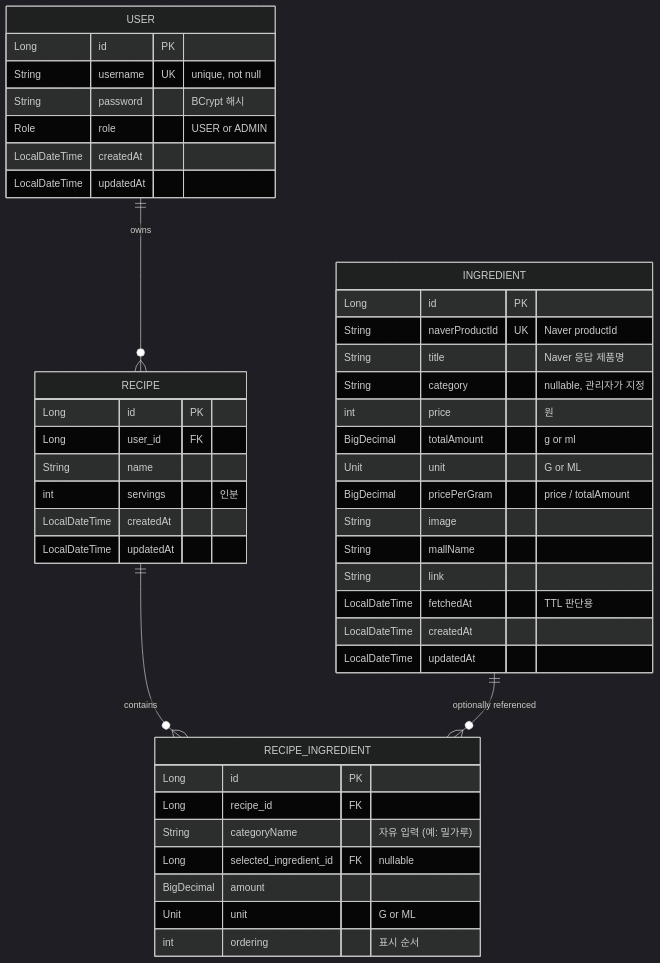
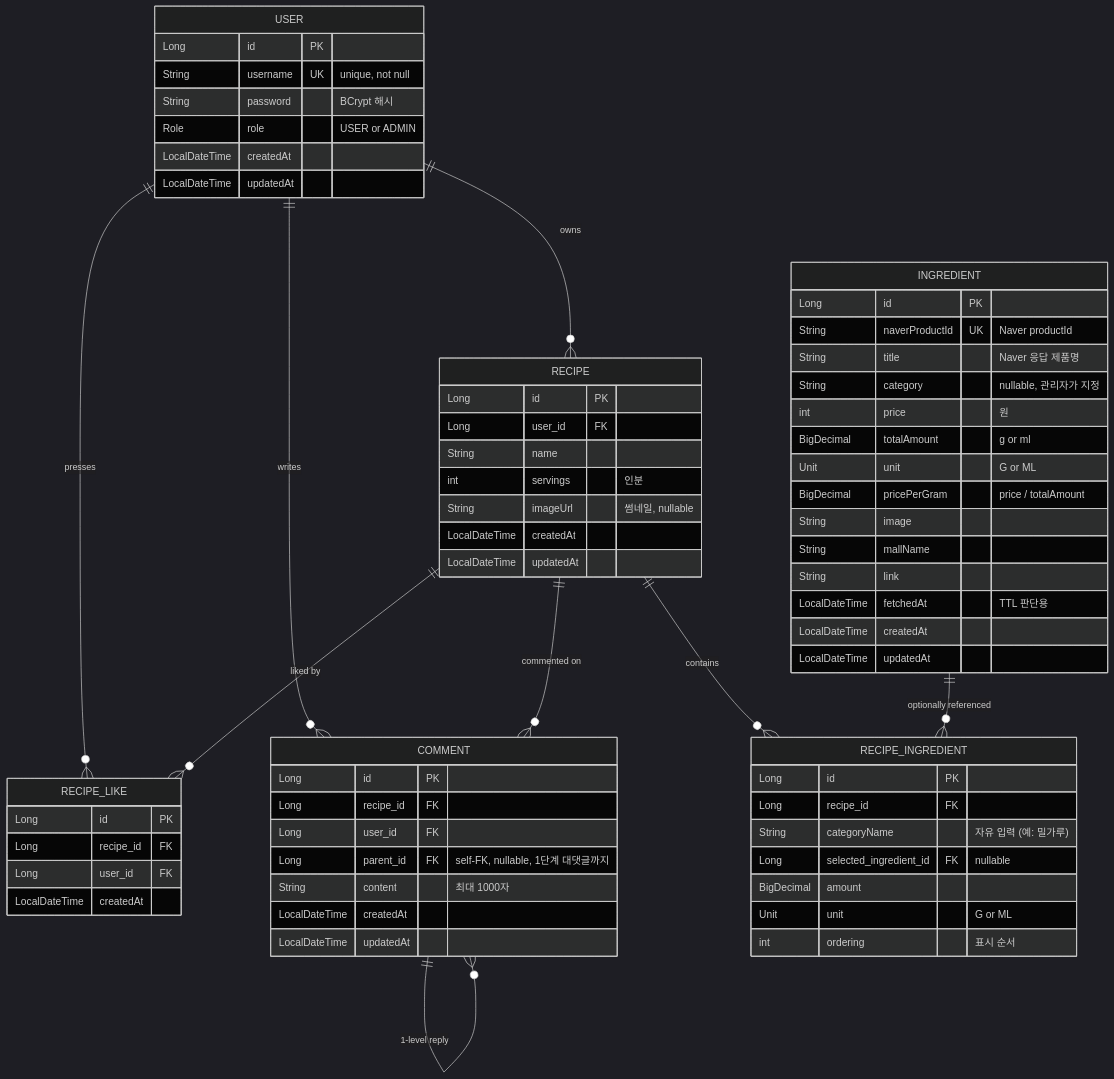
Before and after one commit to Goospel/FoodCostCalculator: the diagram in README.md, drawn with Mermaid (dark theme). The commit also changed other lines of this file, not shown here.

````diff
--- a/README.md
+++ b/README.md
@@ -21,51 +25,74 @@
 ```mermaid
 erDiagram
     USER ||--o{ RECIPE : owns
+    USER ||--o{ RECIPE_LIKE : "presses"
+    USER ||--o{ COMMENT : writes
     RECIPE ||--o{ RECIPE_INGREDIENT : contains
+    RECIPE ||--o{ RECIPE_LIKE : "liked by"
+    RECIPE ||--o{ COMMENT : "commented on"
     INGREDIENT ||--o{ RECIPE_INGREDIENT : "optionally referenced"
+    COMMENT ||--o{ COMMENT : "1-level reply"
 
     USER {
         Long id PK
         String username UK "unique, not null"
         String password "BCrypt 해시"
         Role role "USER or ADMIN"
         LocalDateTime createdAt
         LocalDateTime updatedAt
     }
 
     INGREDIENT {
         Long id PK
         String naverProductId UK "Naver productId"
         String title "Naver 응답 제품명"
         String category "nullable, 관리자가 지정"
         int price "원"
         BigDecimal totalAmount "g or ml"
         Unit unit "G or ML"
         BigDecimal pricePerGram "price / totalAmount"
         String image
         String mallName
         String link
         LocalDateTime fetchedAt "TTL 판단용"
         LocalDateTime createdAt
         LocalDateTime updatedAt
     }
 
     RECIPE {
         Long id PK
         Long user_id FK
         String name
         int servings "인분"
+        String imageUrl "썸네일, nullable"
         LocalDateTime createdAt
         LocalDateTime updatedAt
     }
 
     RECIPE_INGREDIENT {
         Long id PK
         Long recipe_id FK
         String categoryName "자유 입력 (예: 밀가루)"
         Long selected_ingredient_id FK "nullable"
         BigDecimal amount
         Unit unit "G or ML"
         int ordering "표시 순서"
     }
+
+    RECIPE_LIKE {
+        Long id PK
+        Long recipe_id FK
+        Long user_id FK
+        LocalDateTime createdAt
+    }
+
+    COMMENT {
+        Long id PK
+        Long recipe_id FK
+        Long user_id FK
+        Long parent_id FK "self-FK, nullable, 1단계 대댓글까지"
+        String content "최대 1000자"
+        LocalDateTime createdAt
+        LocalDateTime updatedAt
+    }
 ```
````
